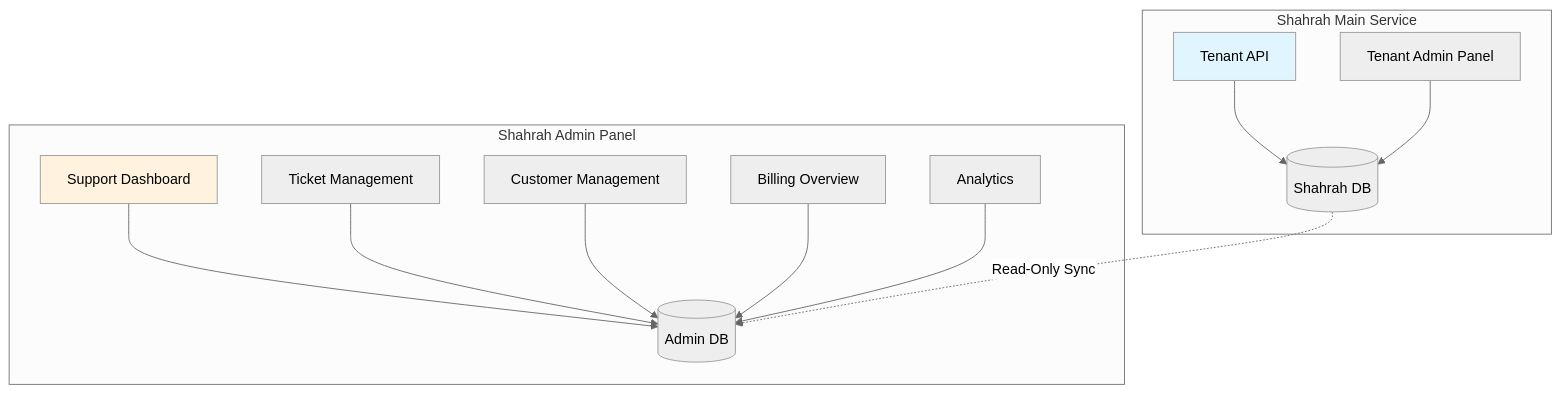
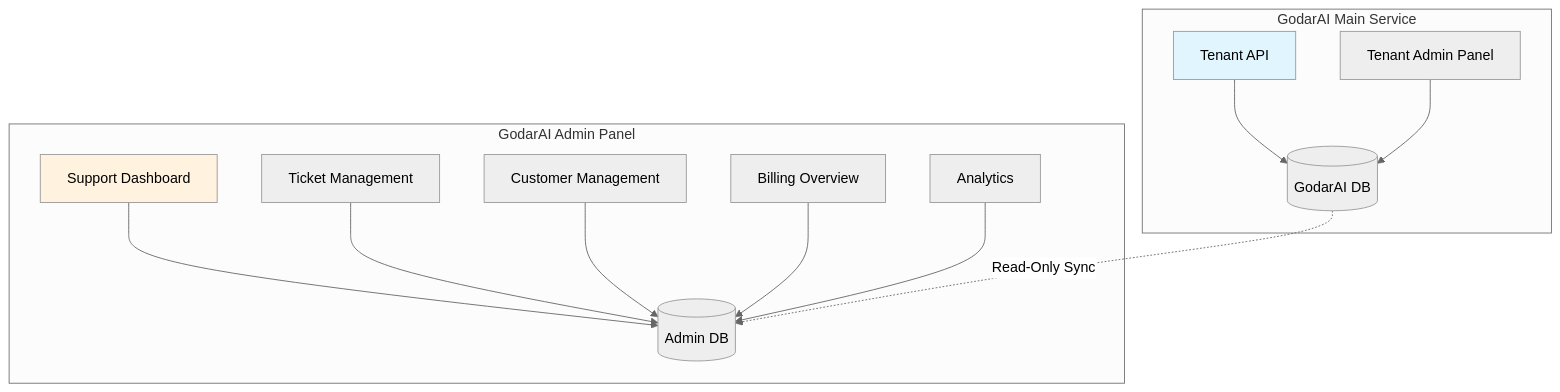
The first of 4 diagrams in plans/05_admin_panel.md (godarai-ir/Shahrah), drawn with Mermaid (neutral theme) before and after one commit. The commit also changed other lines of this file and 38 other files, not shown here.

Commit message:
chore(plans): renaming Shahrah to GodarAI

````diff
--- a/plans/05_admin_panel.md
+++ b/plans/05_admin_panel.md
@@ -11,20 +11,20 @@
 ```mermaid
 graph TB
-    subgraph "Shahrah Main Service"
-        A[Tenant API] --> B[(Shahrah DB)]
+    subgraph "GodarAI Main Service"
+        A[Tenant API] --> B[(GodarAI DB)]
         C[Tenant Admin Panel] --> B
     end
     
-    subgraph "Shahrah Admin Panel"
+    subgraph "GodarAI Admin Panel"
         D[Support Dashboard] --> E[(Admin DB)]
         F[Ticket Management] --> E
         G[Customer Management] --> E
         H[Billing Overview] --> E
         I[Analytics] --> E
     end
     
     B -. Read-Only Sync .-> E
     
     style A fill:#e1f5fe
     style D fill:#fff3e0
 ```
````
